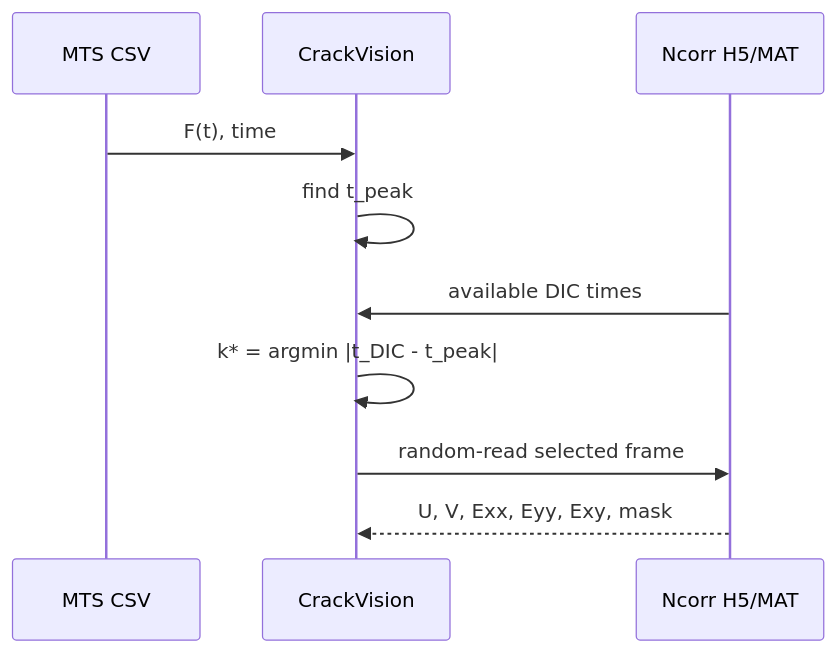
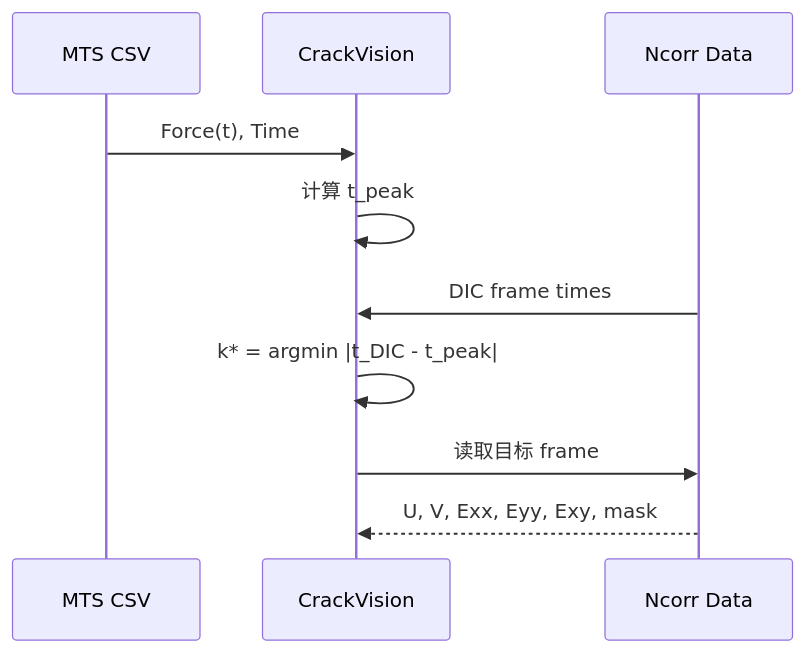
One commit to liqinglq666/CrackVision-DIC changed the second of 6 diagrams in README.md. Above: the diagram before and after it, drawn with Mermaid. The commit also changed other lines of this file, not shown here.

````diff
--- a/README.md
+++ b/README.md
@@ -143,13 +170,13 @@
 ```mermaid
 sequenceDiagram
     participant MTS as MTS CSV
     participant CV as CrackVision
-    participant DIC as Ncorr H5/MAT
+    participant DIC as Ncorr Data
 
-    MTS->>CV: F(t), time
-    CV->>CV: find t_peak
-    DIC->>CV: available DIC times
+    MTS->>CV: Force(t), Time
+    CV->>CV: 计算 t_peak
+    DIC->>CV: DIC frame times
     CV->>CV: k* = argmin |t_DIC - t_peak|
-    CV->>DIC: random-read selected frame
+    CV->>DIC: 读取目标 frame
     DIC-->>CV: U, V, Exx, Eyy, Exy, mask
 ```
````
